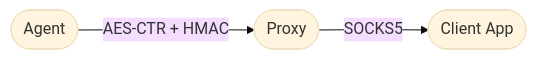
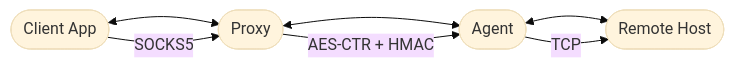
The first of 2 diagrams in README.md (lonepie/reverse-soxy), drawn with Mermaid (base theme) before and after one commit. The commit also changed other lines of this file, not shown here.

Commit message:
updated diagram

````diff
--- a/README.md
+++ b/README.md
@@ -84,5 +84,7 @@
 ```mermaid
 flowchart LR
-    Agent([Agent]) -- "AES-CTR + HMAC" --> Proxy([Proxy])
-    Proxy -- "SOCKS5" --> Client([Client App])
+    Client([Client App]) <--> Proxy([Proxy]) <--> Agent([Agent]) <--> Remote([Remote Host])
+    Client -- "SOCKS5" --> Proxy
+    Proxy -- "AES-CTR + HMAC" --> Agent
+    Agent -- "TCP" --> Remote
 ```
````
